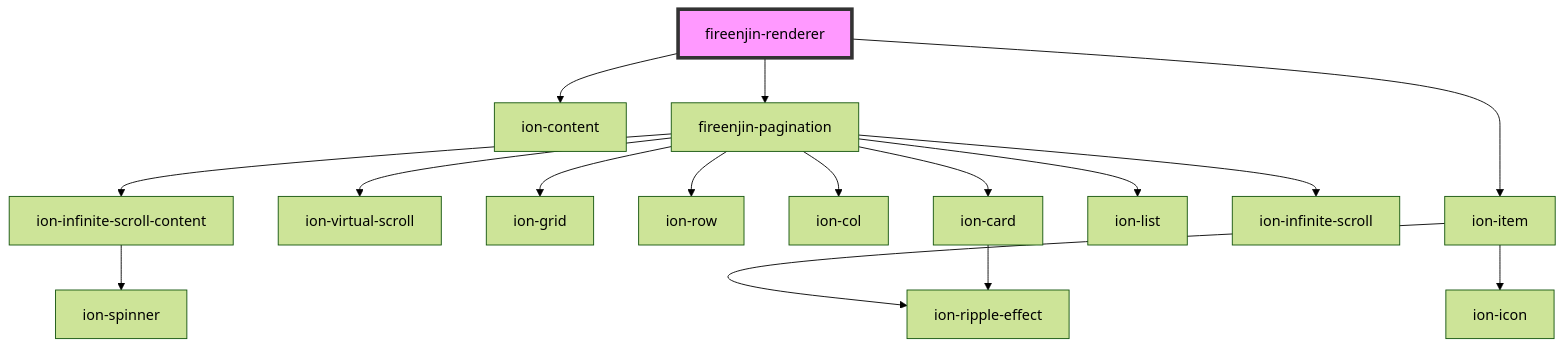
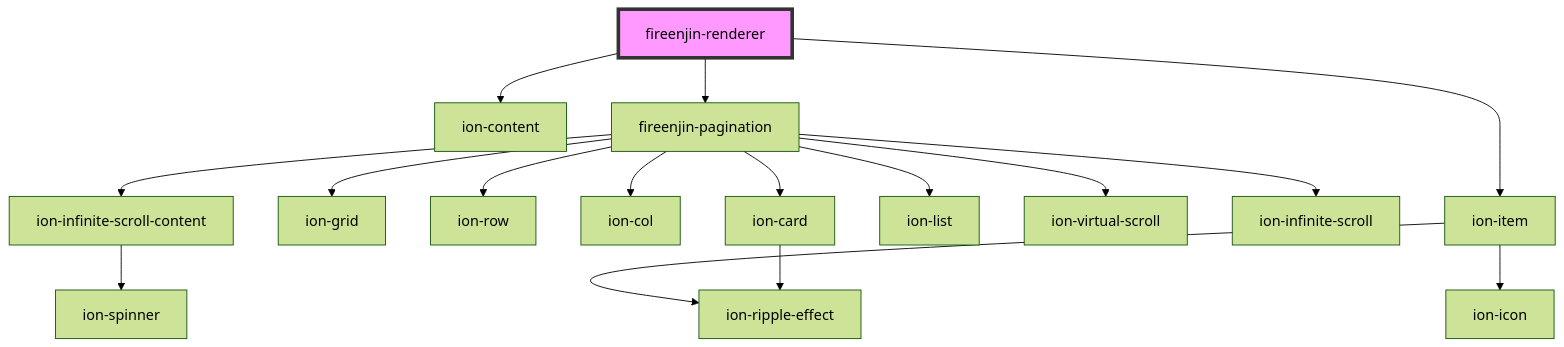
The diagram in src/components/readme.md (MadnessLabs/fireenjin-components), drawn with Mermaid (forest theme) before and after one commit. The commit also changed other lines of this file and 6 other files, not shown here.

````diff
--- a/src/components/readme.md
+++ b/src/components/readme.md
@@ -17,19 +17,19 @@
 ```mermaid
 graph TD;
   fireenjin-renderer --> ion-content
   fireenjin-renderer --> fireenjin-pagination
   fireenjin-renderer --> ion-item
-  fireenjin-pagination --> ion-virtual-scroll
   fireenjin-pagination --> ion-grid
   fireenjin-pagination --> ion-row
   fireenjin-pagination --> ion-col
   fireenjin-pagination --> ion-card
   fireenjin-pagination --> ion-list
+  fireenjin-pagination --> ion-virtual-scroll
   fireenjin-pagination --> ion-infinite-scroll
   fireenjin-pagination --> ion-infinite-scroll-content
   ion-card --> ion-ripple-effect
   ion-infinite-scroll-content --> ion-spinner
   ion-item --> ion-icon
   ion-item --> ion-ripple-effect
   style fireenjin-renderer fill:#f9f,stroke:#333,stroke-width:4px
 ```
````
